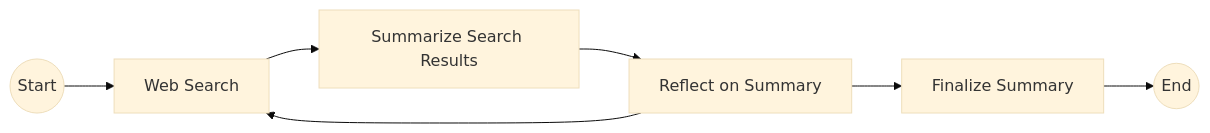
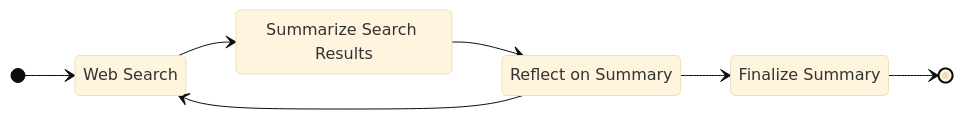
Before and after one commit to lars20070/deepresearcher2: the first of 3 diagrams in README.md, drawn with Mermaid (base theme).

Commit message:
switch to state diagram

````diff
--- a/README.md
+++ b/README.md
@@ -15,13 +15,14 @@
 ``` mermaid
-flowchart LR
-    WebSearch["Web Search"]
-    SummarizeSearchResults["Summarize Search Results"]
-    ReflectOnSummary["Reflect on Summary"]
-    FinalizeSummary["Finalize Summary"]
-    Start((Start)) --> WebSearch
+stateDiagram-v2
+    direction LR
+    WebSearch: Web Search
+    SummarizeSearchResults: Summarize Search Results
+    ReflectOnSummary: Reflect on Summary
+    FinalizeSummary: Finalize Summary
+    [*] --> WebSearch
     WebSearch --> SummarizeSearchResults
     SummarizeSearchResults --> ReflectOnSummary
     ReflectOnSummary --> WebSearch
     ReflectOnSummary --> FinalizeSummary
-    FinalizeSummary --> End((End))
+    FinalizeSummary --> [*]
 ```
````
